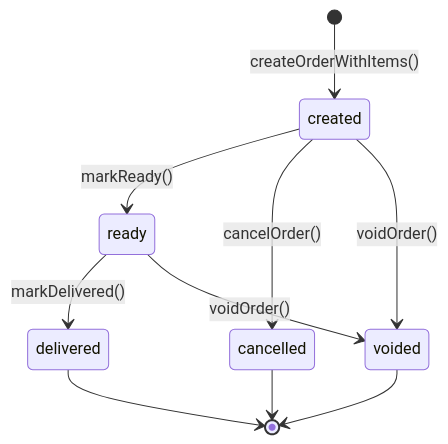
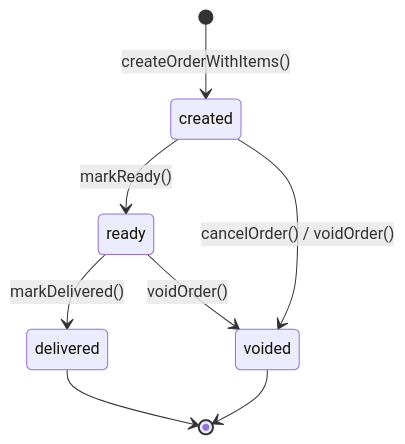
One commit to Tomakas/deskpos changed the eighth of 14 diagrams in PROJECT.md. Above: the diagram before and after it, drawn with Mermaid. The commit also changed other lines of this file and 7 other files, not shown here.

````diff
--- a/PROJECT.md
+++ b/PROJECT.md
@@ -1748,12 +1755,10 @@
 ```mermaid
 stateDiagram-v2
     [*] --> created: createOrderWithItems()
     created --> ready: markReady()
-    created --> cancelled: cancelOrder()
-    created --> voided: voidOrder()
+    created --> voided: cancelOrder() / voidOrder()
     ready --> delivered: markDelivered()
     ready --> voided: voidOrder()
     delivered --> [*]
-    cancelled --> [*]
     voided --> [*]
 ```
````
